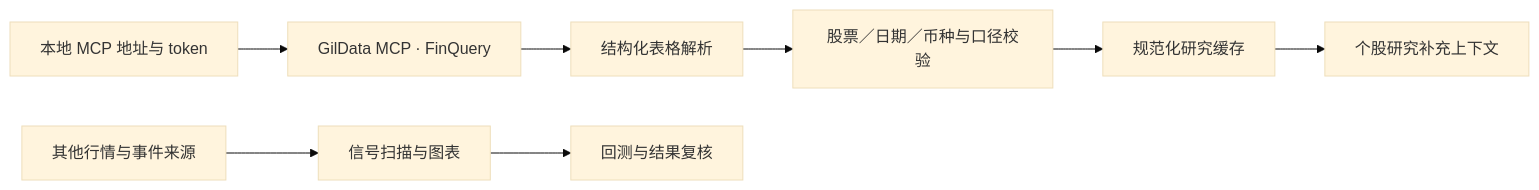
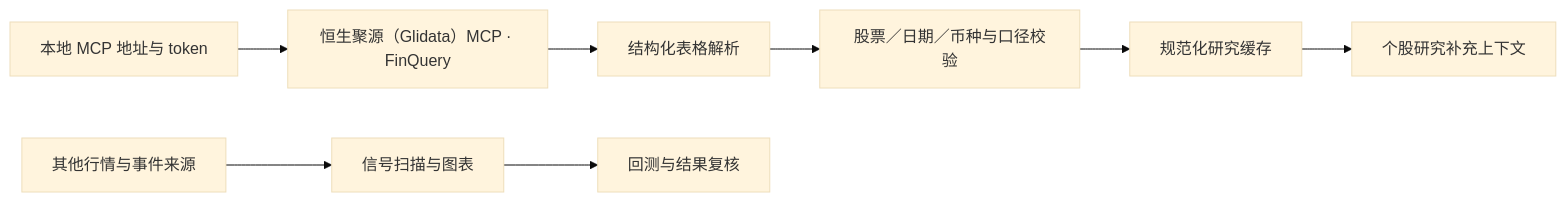
The diagram in GILDATA_MCP.md (JohnCharlesFields/StockSignalForge), drawn with Mermaid (base theme) before and after one commit. The commit also changed other lines of this file and 8 other files, not shown here.

Commit message:
Refine project documentation and standardize 恒生聚源（Glidata）MCP naming

````diff
--- a/GILDATA_MCP.md
+++ b/GILDATA_MCP.md
@@ -7,10 +7,10 @@
 ```mermaid
 flowchart LR
-    A[本地 MCP 地址与 token] --> B[GilData MCP · FinQuery]
+    A[本地 MCP 地址与 token] --> B["恒生聚源（Glidata）MCP · FinQuery"]
     B --> C[结构化表格解析]
     C --> D[股票／日期／币种与口径校验]
     D --> E[规范化研究缓存]
     E --> F[个股研究补充上下文]
     G[其他行情与事件来源] --> H[信号扫描与图表]
     H --> I[回测与结果复核]
 ```
````
